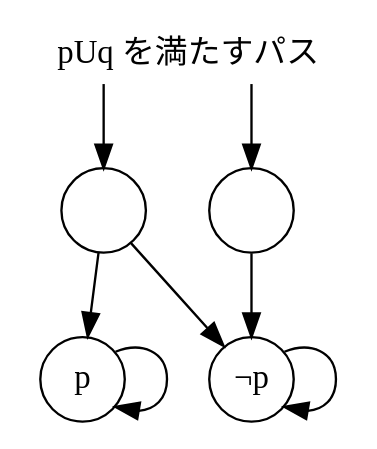
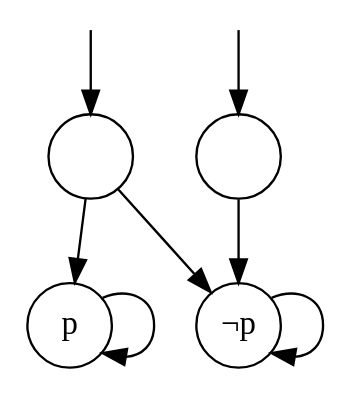
One commit to sinotca529/glab-seminar changed the third of 8 diagrams in src/mc4/mc4.md. Above: the diagram before and after it, drawn with Graphviz. The commit also changed other lines of this file and 1 other file, not shown here.

````diff
--- a/src/mc4/mc4.md
+++ b/src/mc4/mc4.md
@@ -469,18 +469,15 @@
 ```graphviz
 digraph G {
     node [shape=circle, fixedsize=true];
     A [label="", width=0, color=none];
     B [label="", width=0, color=none];
     C [label=""];
     D [label=""];
     E [label="p"];
     F [label="¬p"];
 
     A -> C -> E -> E;
     B -> D -> F -> F;
     C -> F;
-
-    labelloc="t";
-    label="pUq を満たすパス";
 }
 ```
````
